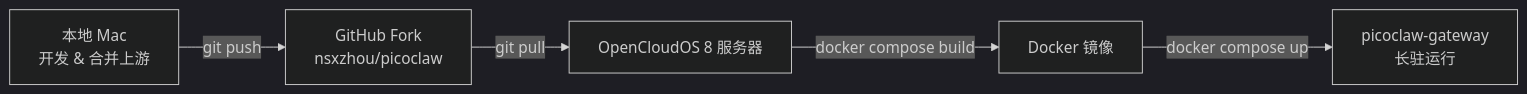
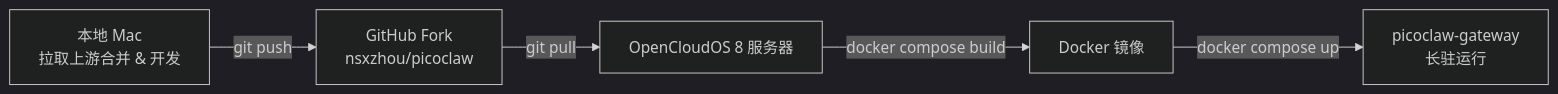
The diagram in nsxzhou_docs/docker_deployment_guide.md (nsxzhou/picoclaw), drawn with Mermaid (dark theme) before and after one commit. The commit also changed other lines of this file and 2 other files, not shown here.

````diff
--- a/nsxzhou_docs/docker_deployment_guide.md
+++ b/nsxzhou_docs/docker_deployment_guide.md
@@ -9,7 +9,7 @@
 ```mermaid
 graph LR
-    A[本地 Mac<br/>开发 & 合并上游] -->|git push| B[GitHub Fork<br/>nsxzhou/picoclaw]
+    A[本地 Mac<br/>拉取上游合并 & 开发] -->|git push| B[GitHub Fork<br/>nsxzhou/picoclaw]
     B -->|git pull| C[OpenCloudOS 8 服务器]
     C -->|docker compose build| D[Docker 镜像]
     D -->|docker compose up| E[picoclaw-gateway<br/>长驻运行]
 ```
````
